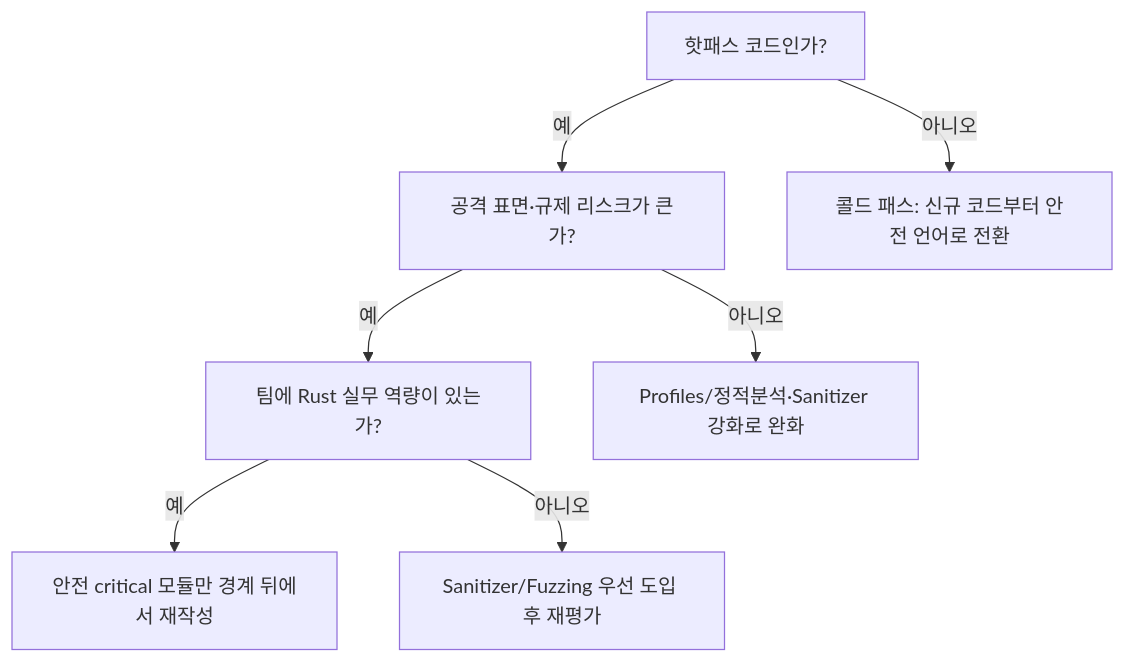
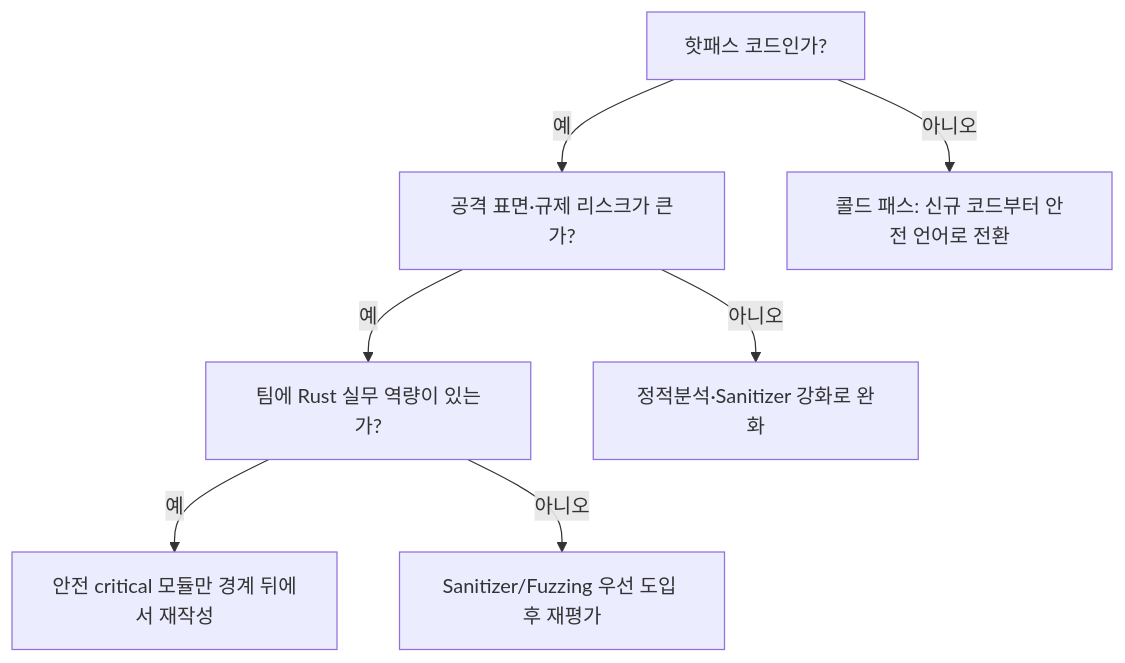
One commit to 42jerrykim/42jerrykim.github.io changed the diagram in content/collection/optimization-11-design-decisions/17-memory-safety-tradeoffs/index.md. Above: the diagram before and after it, drawn with Mermaid. The commit also changed other lines of this file and 1 other file, not shown here.

````diff
--- a/content/collection/optimization-11-design-decisions/17-memory-safety-tradeoffs/index.md
+++ b/content/collection/optimization-11-design-decisions/17-memory-safety-tradeoffs/index.md
@@ -187,9 +191,9 @@
 ```mermaid
 flowchart TD
   hotPath["핫패스 코드인가?"] -->|"예"| riskLevel["공격 표면·규제 리스크가 큰가?"]
   hotPath -->|"아니오"| coldPathSafe["콜드 패스: 신규 코드부터 안전 언어로 전환"]
   riskLevel -->|"예"| teamSkill["팀에 Rust 실무 역량이 있는가?"]
-  riskLevel -->|"아니오"| profileAdopt["Profiles/정적분석·Sanitizer 강화로 완화"]
+  riskLevel -->|"아니오"| profileAdopt["정적분석·Sanitizer 강화로 완화"]
   teamSkill -->|"예"| partialRewrite["안전 critical 모듈만 경계 뒤에서 재작성"]
   teamSkill -->|"아니오"| toolingFirst["Sanitizer/Fuzzing 우선 도입 후 재평가"]
 ```
````
